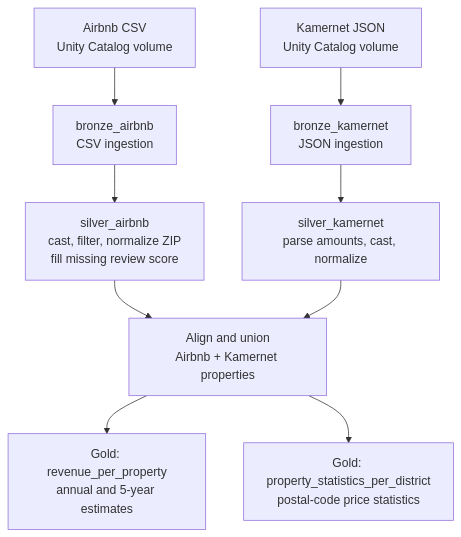
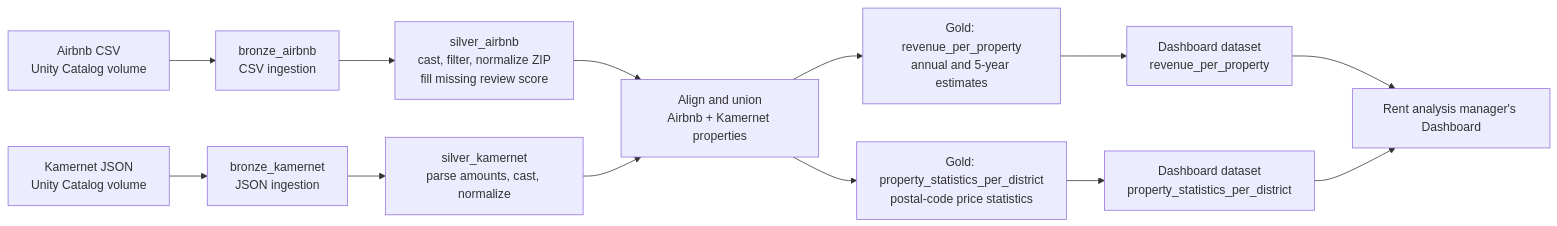
The first of 2 diagrams in docs/pipeline-and-cicd.md (Bence56/rent_analysis), drawn with Mermaid before and after one commit. The commit also changed other lines of this file, not shown here.

````diff
--- a/docs/pipeline-and-cicd.md
+++ b/docs/pipeline-and-cicd.md
@@ -9,22 +9,27 @@
 ```mermaid
-flowchart TD
+flowchart LR
     AirbnbSource["Airbnb CSV<br/>Unity Catalog volume"]
     KamernetSource["Kamernet JSON<br/>Unity Catalog volume"]
 
     BronzeAirbnb["bronze_airbnb<br/>CSV ingestion"]
     BronzeKamernet["bronze_kamernet<br/>JSON ingestion"]
 
     SilverAirbnb["silver_airbnb<br/>cast, filter, normalize ZIP<br/>fill missing review score"]
     SilverKamernet["silver_kamernet<br/>parse amounts, cast, normalize"]
 
     Combined["Align and union<br/>Airbnb + Kamernet properties"]
     Revenue["Gold: revenue_per_property<br/>annual and 5-year estimates"]
     DistrictStats["Gold: property_statistics_per_district<br/>postal-code price statistics"]
+    DashboardRevenue["Dashboard dataset<br/>revenue_per_property"]
+    DashboardDistricts["Dashboard dataset<br/>property_statistics_per_district"]
+    Dashboard["Rent analysis manager's Dashboard"]
 
     AirbnbSource --> BronzeAirbnb --> SilverAirbnb
     KamernetSource --> BronzeKamernet --> SilverKamernet
     SilverAirbnb --> Combined
     SilverKamernet --> Combined
     Combined --> Revenue
     Combined --> DistrictStats
+    Revenue --> DashboardRevenue --> Dashboard
+    DistrictStats --> DashboardDistricts --> Dashboard
 ```
````
